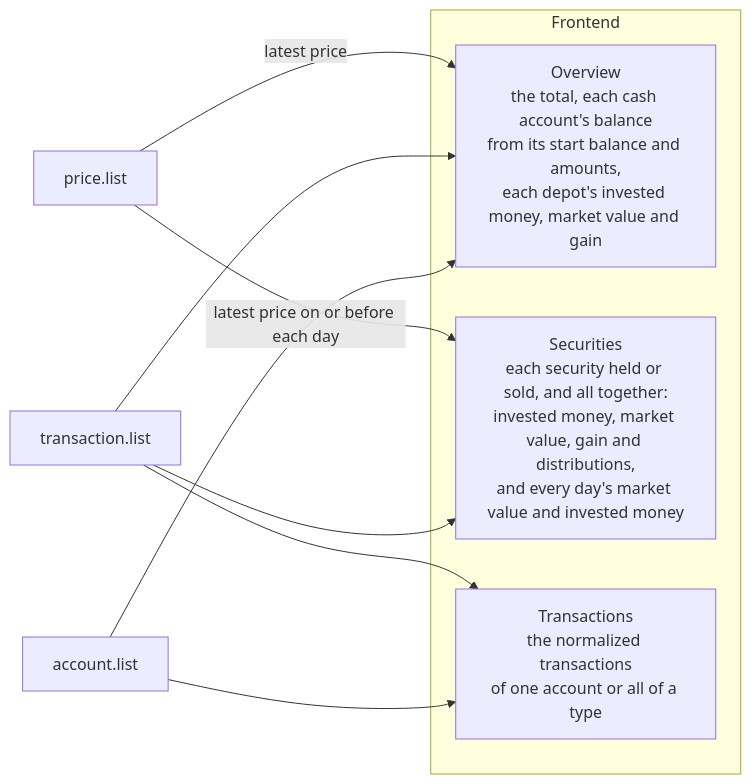
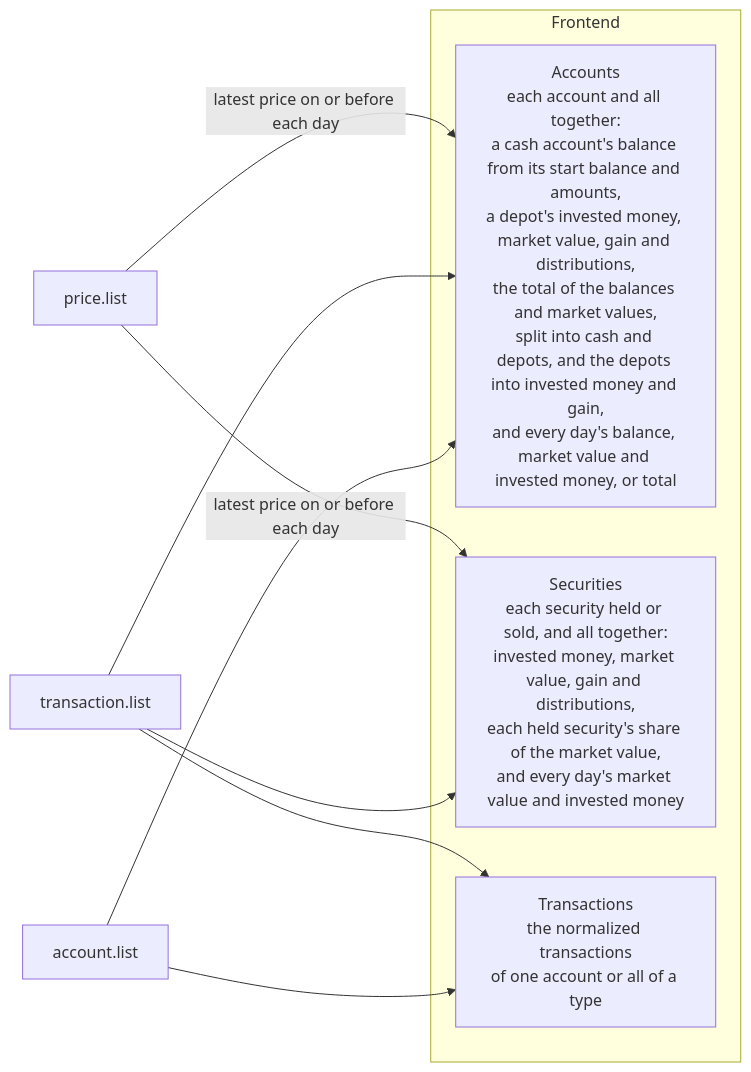
Before and after one commit to lennartmoeller/finance-tracker: the diagram in docs/contract/figures.md, drawn with Mermaid. The commit also changed 50 other files, not shown here.

Commit message:
feat: add an Accounts view that manages accounts and shows their figures (#55)

````diff
--- a/docs/contract/figures.md
+++ b/docs/contract/figures.md
@@ -3,18 +3,17 @@
 ```mermaid
 flowchart LR
   accounts["account.list"]
   transactions["transaction.list"]
   prices["price.list"]
   subgraph frontend["Frontend"]
-    overview["Overview<br/>the total, each cash account's balance<br/>from its start balance and amounts,<br/>each depot's invested money, market value and gain"]
-    securities["Securities<br/>each security held or sold, and all together:<br/>invested money, market value, gain and distributions,<br/>and every day's market value and invested money"]
+    accountsView["Accounts<br/>each account and all together:<br/>a cash account's balance from its start balance and amounts,<br/>a depot's invested money, market value, gain and distributions,<br/>the total of the balances and market values,<br/>split into cash and depots, and the depots into invested money and gain,<br/>and every day's balance, market value and invested money, or total"]
+    securities["Securities<br/>each security held or sold, and all together:<br/>invested money, market value, gain and distributions,<br/>each held security's share of the market value,<br/>and every day's market value and invested money"]
     list["Transactions<br/>the normalized transactions<br/>of one account or all of a type"]
   end
-  accounts --> overview
+  accounts --> accountsView
   accounts --> list
-  transactions --> overview
+  transactions --> accountsView
   transactions --> securities
   transactions --> list
-  prices -- "latest price" --> overview
-  prices -- "latest price on or before each day" --> securities
+  prices -- "latest price on or before each day" --> accountsView & securities
 ```
````
